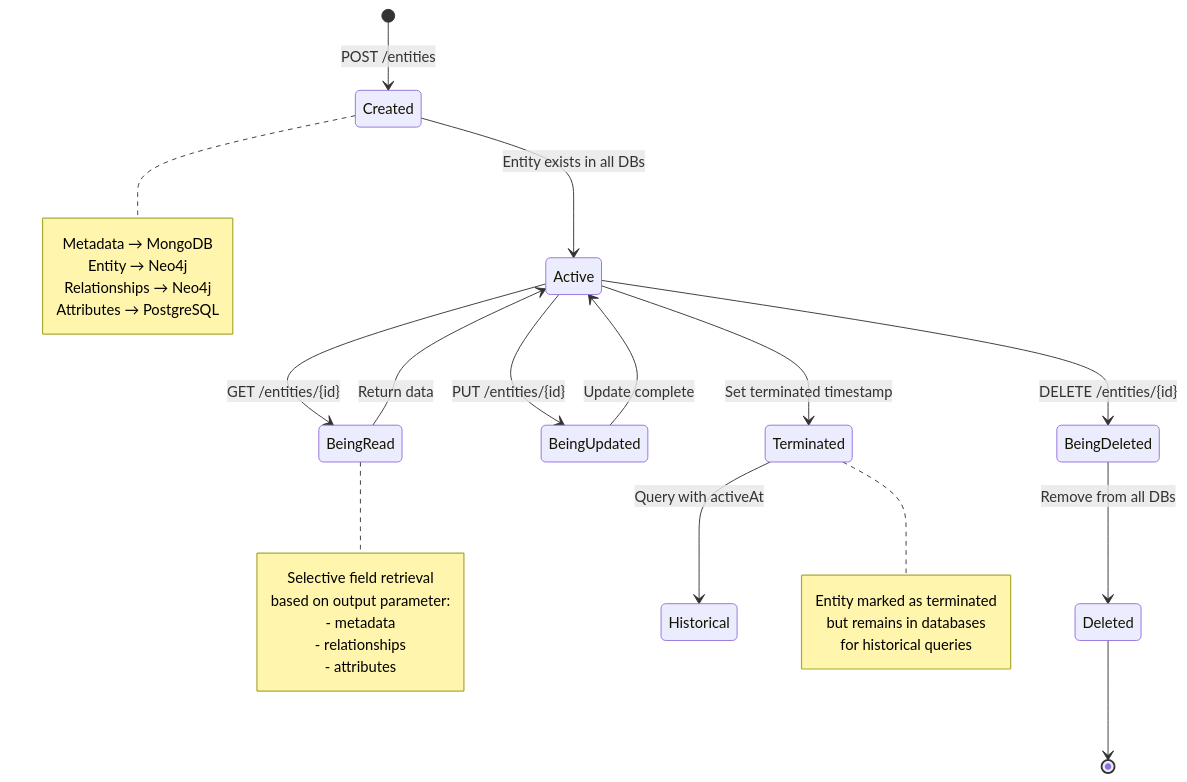
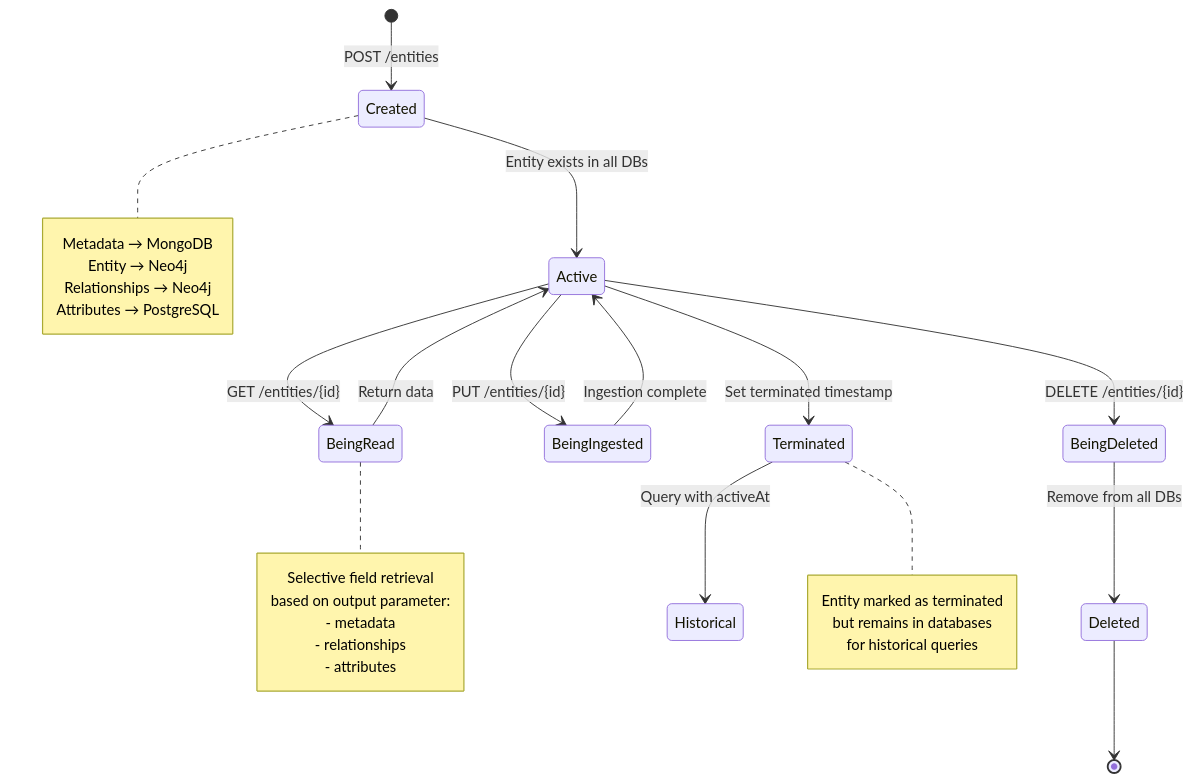
Before and after one commit to LDFLK/nexoan: the eighth of 10 diagrams in docs/architecture/diagrams.md, drawn with Mermaid. The commit also changed other lines of this file and 18 other files, not shown here.

````diff
--- a/docs/architecture/diagrams.md
+++ b/docs/architecture/diagrams.md
@@ -437,41 +437,41 @@
 ```mermaid
 stateDiagram-v2
     [*] --> Created: POST /entities
     
     Created --> Active: Entity exists in all DBs
     
     Active --> BeingRead: GET /entities/{id}
     BeingRead --> Active: Return data
     
-    Active --> BeingUpdated: PUT /entities/{id}
-    BeingUpdated --> Active: Update complete
+    Active --> BeingIngested: PUT /entities/{id}
+    BeingIngested --> Active: Ingestion complete
     
     Active --> BeingDeleted: DELETE /entities/{id}
     BeingDeleted --> Deleted: Remove from all DBs
     
     Active --> Terminated: Set terminated timestamp
     Terminated --> Historical: Query with activeAt
     
     Deleted --> [*]
     
     note right of Created
         Metadata → MongoDB
         Entity → Neo4j
         Relationships → Neo4j
         Attributes → PostgreSQL
     end note
     
     note right of BeingRead
         Selective field retrieval
         based on output parameter:
         - metadata
         - relationships
         - attributes
     end note
     
     note right of Terminated
         Entity marked as terminated
         but remains in databases
         for historical queries
     end note
 ```
````
